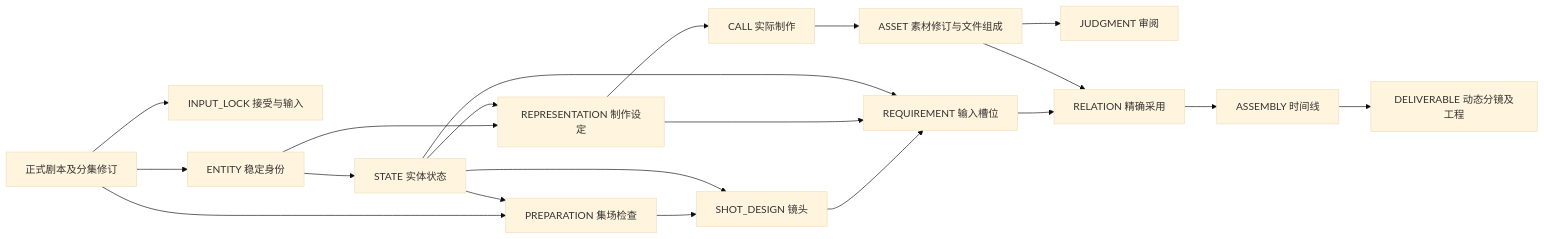
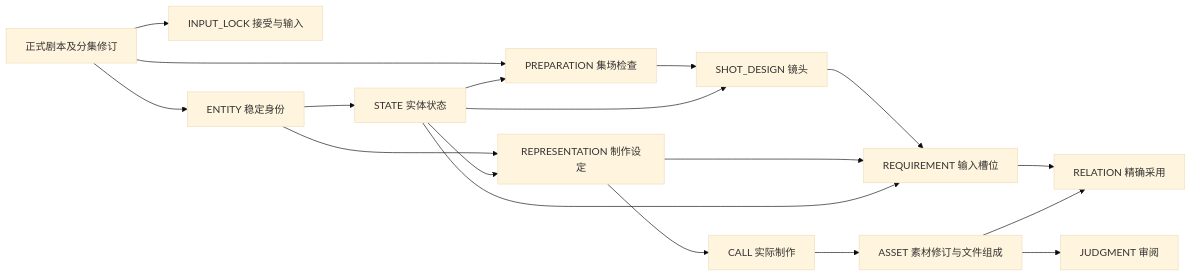
Before and after one commit to goosmanlei/story-review-desk: the diagram in docs/production.md, drawn with Mermaid (base theme). The commit also changed other lines of this file and 28 other files, not shown here.

````diff
--- a/docs/production.md
+++ b/docs/production.md
@@ -41,22 +39,20 @@
 ```mermaid
 flowchart LR
   Script[正式剧本及分集修订] --> Lock[INPUT_LOCK 接受与输入]
   Script --> Scene[PREPARATION 集场检查]
   Script --> E[ENTITY 稳定身份]
   E --> S[STATE 实体状态]
   E --> R[REPRESENTATION 制作设定]
   S --> R
   Scene --> Shot[SHOT_DESIGN 镜头]
   Shot --> Need[REQUIREMENT 输入槽位]
   R --> Need
   S --> Need
   S --> Scene
   S --> Shot
   R --> Call[CALL 实际制作]
   Call --> A[ASSET 素材修订与文件组成]
   A --> J[JUDGMENT 审阅]
   Need --> Use[RELATION 精确采用]
   A --> Use
-  Use --> Assembly[ASSEMBLY 时间线]
-  Assembly --> Out[DELIVERABLE 动态分镜及工程]
 ```
````
